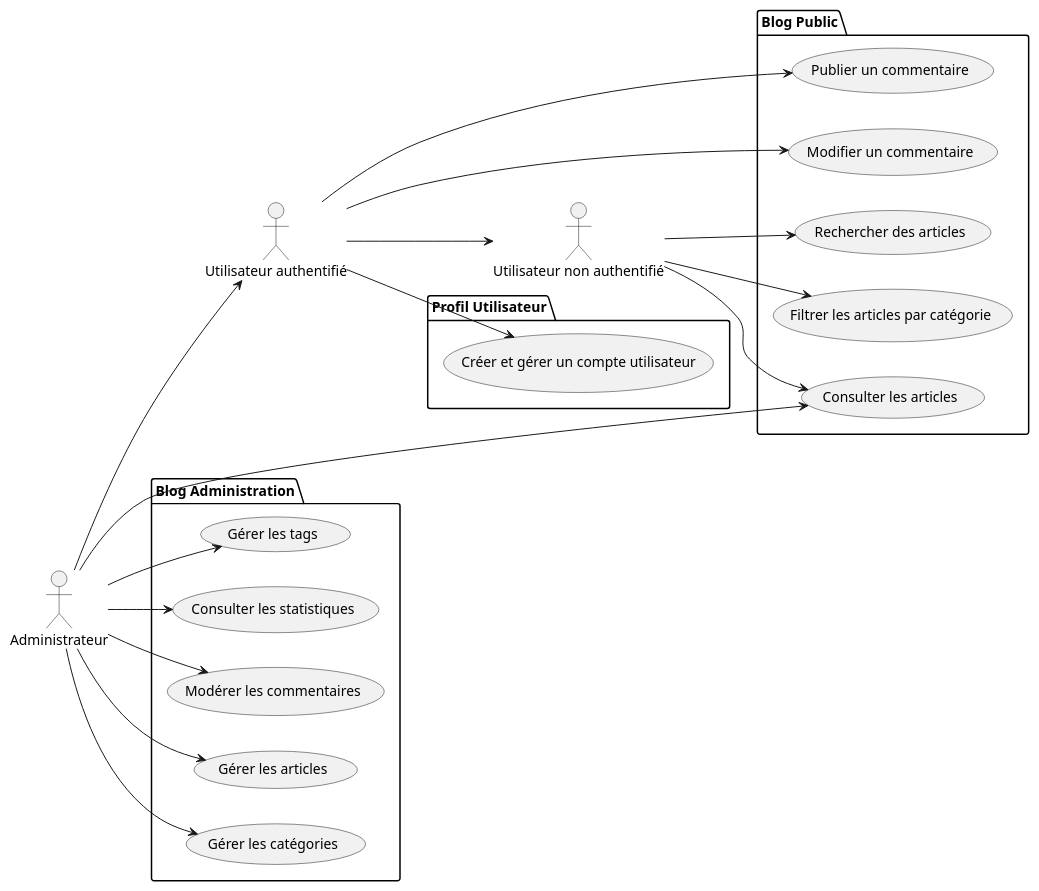
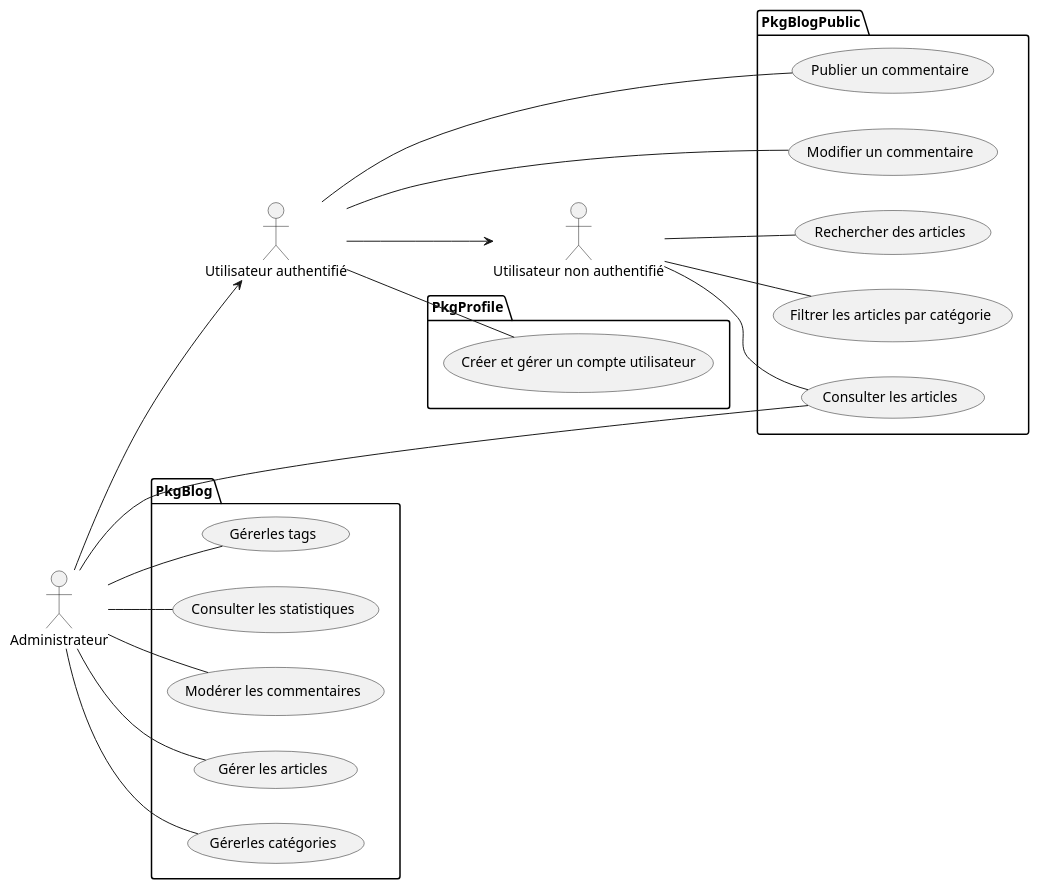
One commit to labs-web/prototype-blog changed the diagram in modélisation/pkg_blog/use_cases_PkgBlog.puml. Above: the diagram before and after it, drawn with PlantUML. The commit also changed 21 other files, not shown here.

```diff
--- a/modélisation/pkg_blog/use_cases_PkgBlog.puml
+++ b/modélisation/pkg_blog/use_cases_PkgBlog.puml
@@ -1,46 +1,57 @@
 @startuml
 
 left to right direction
 
 actor "Utilisateur non authentifié" as UserNA
 actor "Utilisateur authentifié" as UserA
 actor "Administrateur" as Admin
 UserA --> UserNA
 Admin --> UserA
 
-package "Blog Public" as PkgBlogPublic {
-    usecase UC1 as "Consulter les articles"
-    usecase UC2 as "Rechercher des articles"
-    usecase UC3 as "Filtrer les articles par catégorie"
-    usecase UC4 as "Publier un commentaire"
-    usecase UC5 as "Modifier un commentaire"
-}
 
-package "Blog Administration" as PkgBlog {
-    usecase UC7 as "Modérer les commentaires"
-    usecase UC8 as "Gérer les articles"
-    usecase UC10 as "Gérer les catégories"
-    usecase UC11 as "Gérer les tags"
-    usecase UC9 as "Consulter les statistiques"
-}
 
-package "Profil Utilisateur" as PkgProfile {
-    usecase UC6 as "Créer et gérer un compte utilisateur"
-}
+package "PkgBlogPublic" {
 
-UserNA --> UC1
-UserNA --> UC2
-UserNA --> UC3
+usecase UC1 as "Consulter les articles"
+usecase UC2 as "Rechercher des articles"
+usecase UC3 as "Filtrer les articles par catégorie"
+usecase UC4 as "Publier un commentaire"
+usecase UC5 as "Modifier un commentaire"
 
-UserA --> UC4
-UserA --> UC5
-UserA --> UC6
 
-Admin --> UC1
-Admin --> UC7
-Admin --> UC8
-Admin --> UC9
-Admin --> UC10
-Admin --> UC11
+}  
+
+
+package "PkgBlog" {
+
+usecase UC7 as "Modérer les commentaires"
+usecase UC8 as "Gérer les articles"
+usecase UC10 as "Gérerles catégories"
+usecase UC11 as "Gérerles tags"
+usecase UC9 as "Consulter les statistiques"
+
+}  
+
+package "PkgProfile" {
+
+usecase UC6 as "Créer et gérer un compte utilisateur"
+
+} 
+ 
+UserNA -- UC1
+UserNA -- UC2
+UserNA -- UC3
+
+UserA -- UC5
+UserA -- UC6
+UserA -- UC4
+
+Admin -- UC1
+Admin -- UC7
+Admin -- UC8
+Admin -- UC9
+Admin -- UC10
+Admin -- UC11
+
 
 @enduml
```
